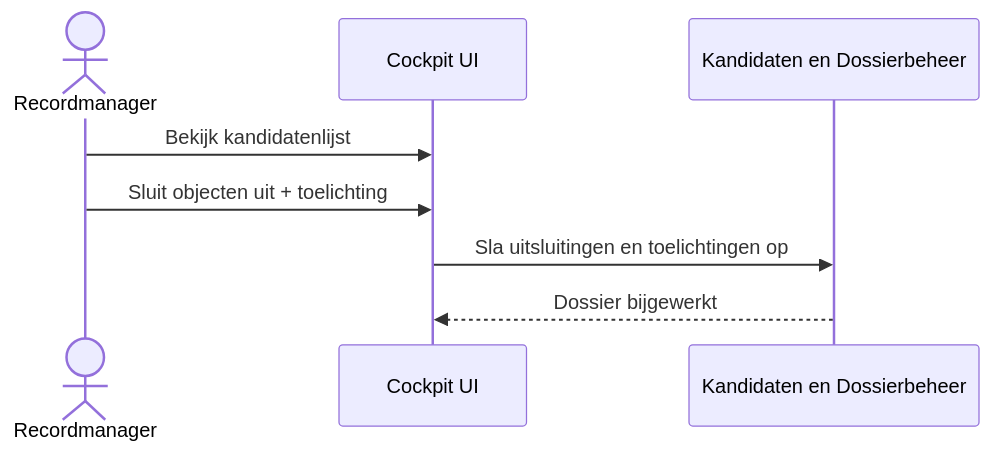
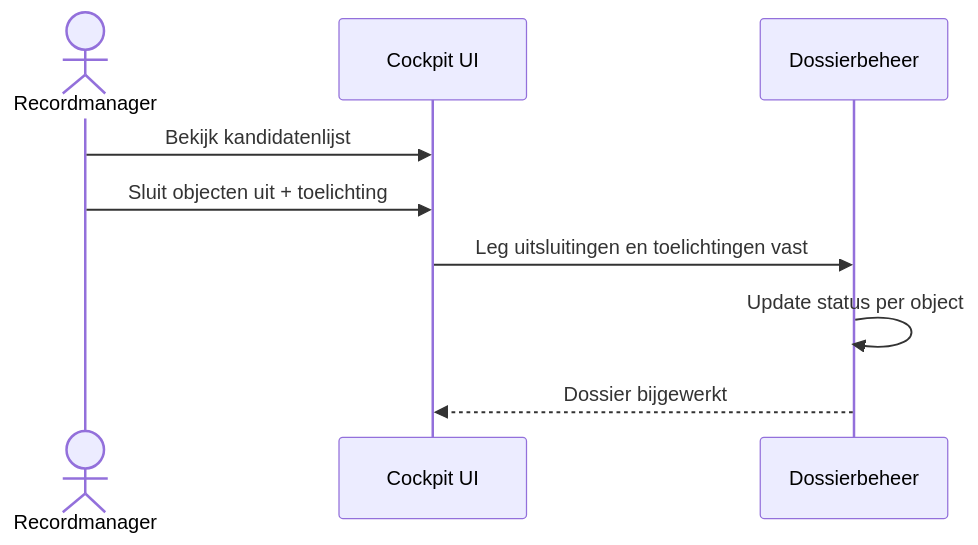
Before and after one commit to GemeenteArnhem/Vernietigingscockpit: the third of 11 diagrams in architectuur/sequence-diagrammen.md, drawn with Mermaid. The commit also changed other lines of this file and 10 other files, not shown here.

````diff
--- a/architectuur/sequence-diagrammen.md
+++ b/architectuur/sequence-diagrammen.md
@@ -62,11 +69,12 @@
 ```mermaid
 sequenceDiagram
     actor RM as Recordmanager
     participant UI as Cockpit UI
-    participant D as Kandidaten en Dossierbeheer
+    participant D as Dossierbeheer
 
     RM ->> UI: Bekijk kandidatenlijst
     RM ->> UI: Sluit objecten uit + toelichting
-    UI ->> D: Sla uitsluitingen en toelichtingen op
+    UI ->> D: Leg uitsluitingen en toelichtingen vast
+    D ->> D: Update status per object
     D -->> UI: Dossier bijgewerkt
 ```
````
